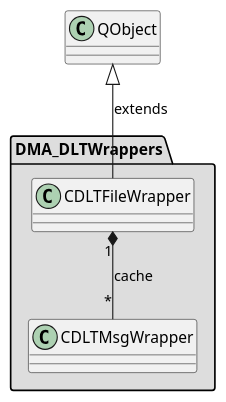
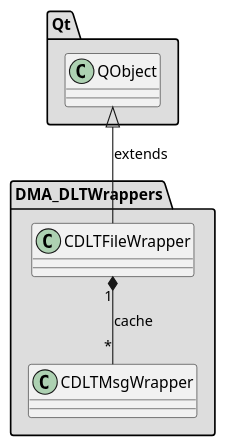
Before and after one commit to svlad-90/DLT-Message-Analyzer: the diagram in md/dev_docs/puml/DMA_DLTWrappers_standalone.puml, drawn with PlantUML. The commit also changed 41 other files, not shown here.

First line of the commit message:
[ISSUE #107][REPOSITORY] Extend README to contain a diagram, which will represent dependencies to the third-party repositories

```diff
--- a/md/dev_docs/puml/DMA_DLTWrappers_standalone.puml
+++ b/md/dev_docs/puml/DMA_DLTWrappers_standalone.puml
@@ -2,23 +2,32 @@
 @startuml
 
 skinparam wrapWidth 600
 package "DMA_DLTWrappers" #DDDDDD
 {
 
 class "CDLTFileWrapper"
 {
 }
 
 class "CDLTMsgWrapper"
 {
 }
 
 }
 
+package "Qt" #DDDDDD
+{
+
+class "QObject"
+{
+}
+
+}
+
 '====================Inheritance section====================
 QObject <|-- CDLTFileWrapper : extends
 
 '====================Dependencies section====================
 CDLTFileWrapper "1" *-- "*" CDLTMsgWrapper : cache
 
 @enduml
```
